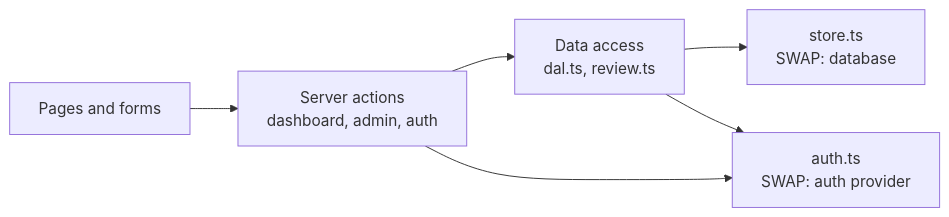
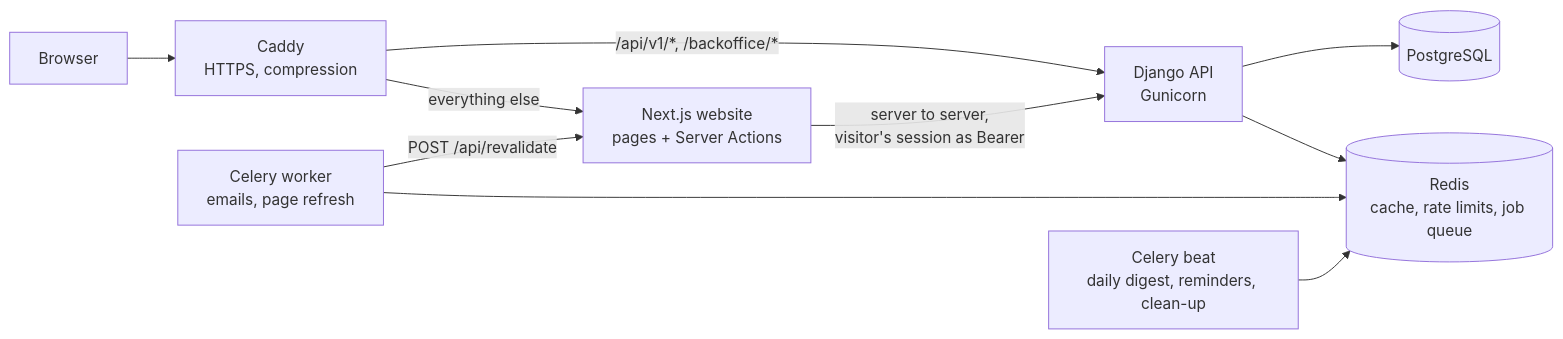
The diagram in docs/backend-integration.md (nimadorostkar/Startup-Accelerator), drawn with Mermaid before and after one commit. The commit also changed other lines of this file and 28 other files, not shown here.

````diff
--- a/docs/backend-integration.md
+++ b/docs/backend-integration.md
@@ -9,8 +7,12 @@
 ```mermaid
 flowchart LR
-  UI[Pages and forms] --> SA[Server actions<br/>dashboard, admin, auth]
-  SA --> DAL[Data access<br/>dal.ts, review.ts]
-  DAL --> ST[store.ts<br/>SWAP: database]
-  DAL --> AU[auth.ts<br/>SWAP: auth provider]
-  SA --> AU
+  B[Browser] --> C[Caddy<br/>HTTPS, compression]
+  C -->|everything else| N[Next.js website<br/>pages + Server Actions]
+  C -->|/api/v1/*, /backoffice/*| D[Django API<br/>Gunicorn]
+  N -->|server to server,<br/>visitor's session as Bearer| D
+  D --> P[(PostgreSQL)]
+  D --> R[(Redis<br/>cache, rate limits, job queue)]
+  W[Celery worker<br/>emails, page refresh] --> R
+  S[Celery beat<br/>daily digest, reminders, clean-up] --> R
+  W -->|POST /api/revalidate| N
 ```
````
